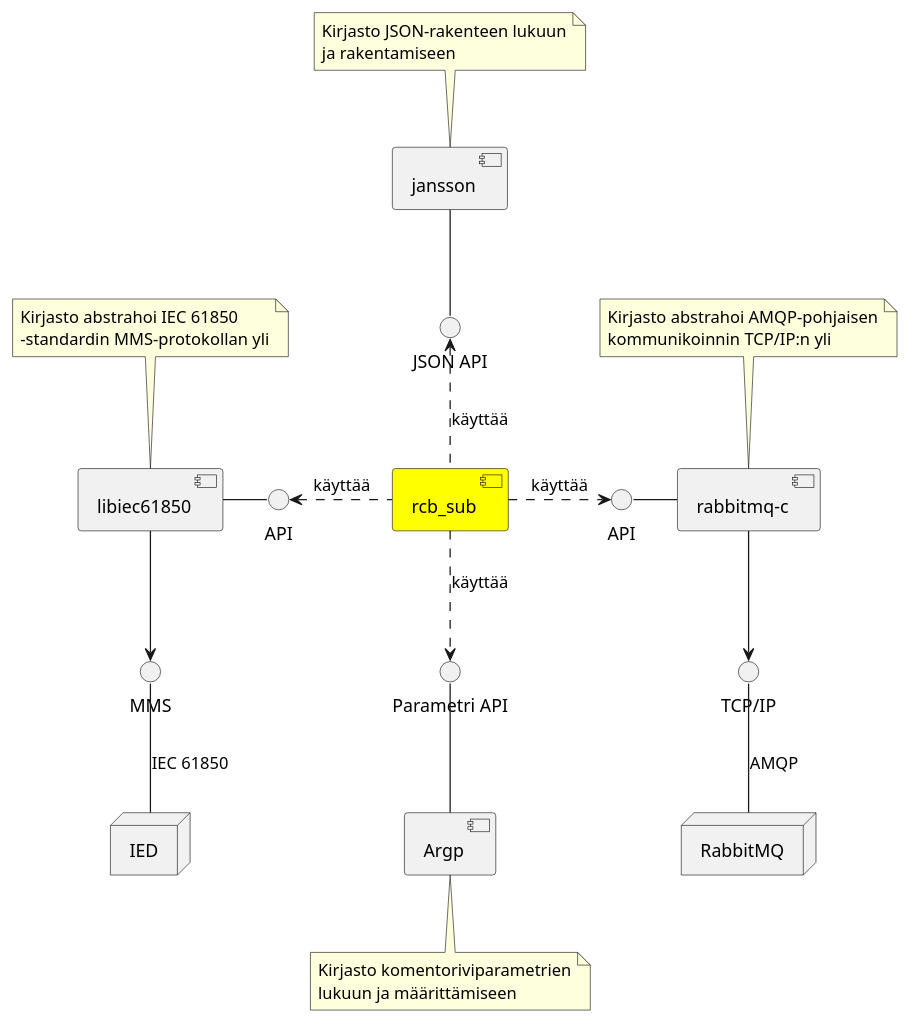
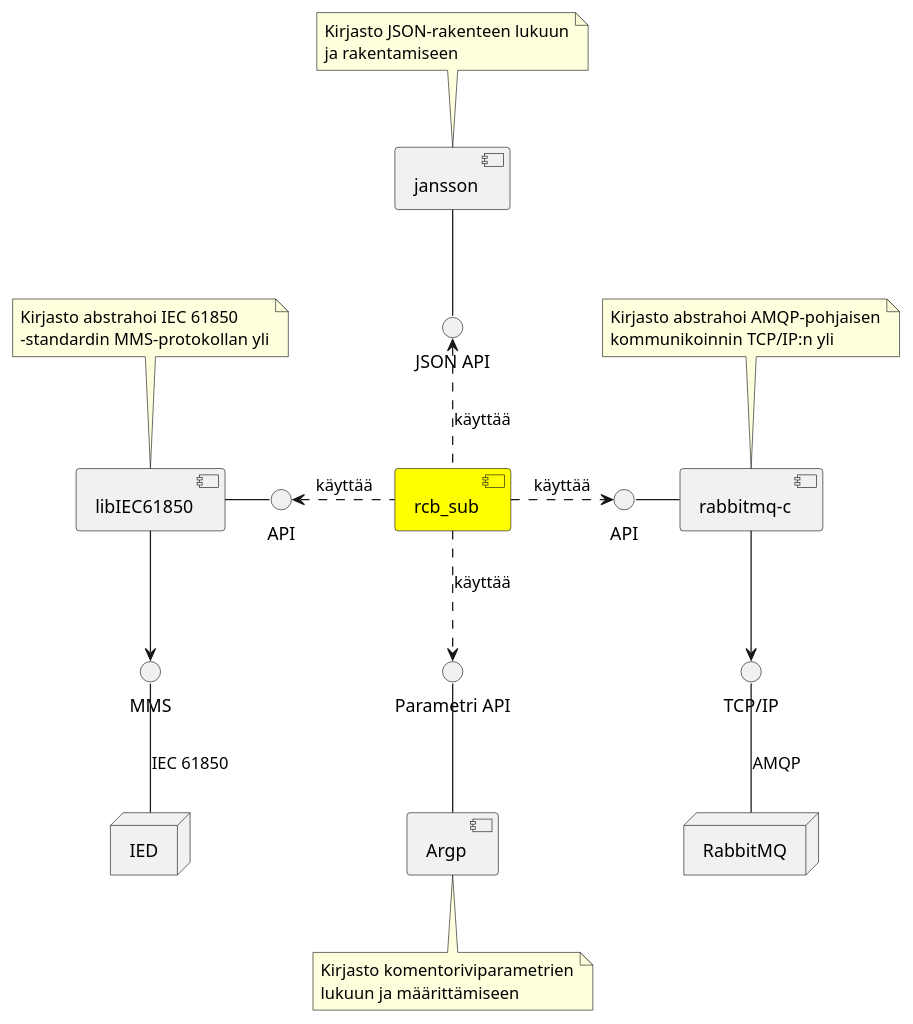
Before and after one commit to Kazhuu/tut_master_thesis: the diagram in uml/rcb-sub-component-diagram.puml, drawn with PlantUML. The commit also changed 17 other files, not shown here.

```diff
--- a/uml/rcb-sub-component-diagram.puml
+++ b/uml/rcb-sub-component-diagram.puml
@@ -1,52 +1,52 @@
 @startuml
 skinparam componentStyle uml2
 
 node IED as ied
 node RabbitMQ as mq
 component rcb_sub as rcbsub #Yellow
 component jansson as jansson
-component libiec61850 as libiec
+component libIEC61850 as libiec
 component [rabbitmq-c] as mqc
 component Argp as argp
 
 () "MMS" as mmsif
 () "API" as libiecif
 () "API" as mqcif
 () "JSON API" as jsonif
 () "Parametri API" as argpif
 () "TCP/IP" as amqpif
 
 ied -u- mmsif : IEC 61850
 mq -u- amqpif : AMQP
 jansson -- jsonif
 libiec -r- libiecif
 mqc -l- mqcif
 argp -u- argpif
 
 libiec -d-> mmsif
 mqc -d-> amqpif
 rcbsub .u.> jsonif : käyttää
 rcbsub .l.> libiecif : käyttää
 rcbsub .d.> argpif : käyttää
 rcbsub .r.> mqcif : käyttää
 
 note top of jansson
 	Kirjasto JSON-rakenteen lukuun
 	ja rakentamiseen
 end note
 
 note bottom of argp
 	Kirjasto komentoriviparametrien
 	lukuun ja määrittämiseen
 end note
 
 note top of mqc
 	Kirjasto abstrahoi AMQP-pohjaisen
 	kommunikoinnin TCP/IP:n yli
 end note
 
 note top of libiec
 	Kirjasto abstrahoi IEC 61850
 	-standardin MMS-protokollan yli
 end note
 @enduml
```
